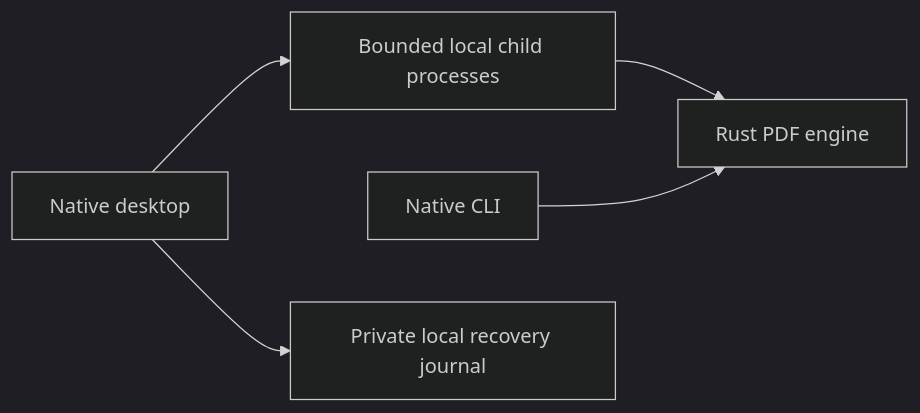
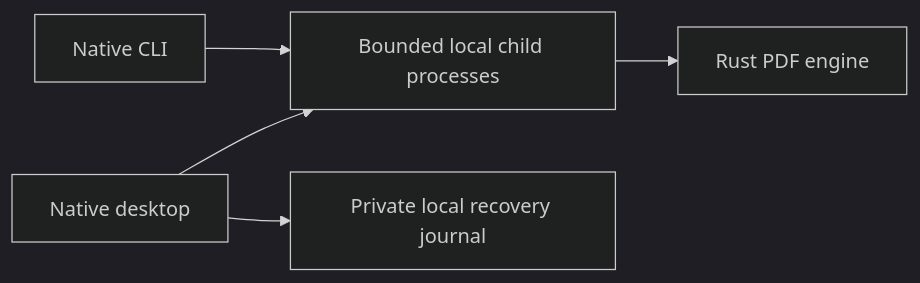
One commit to OthmaneBlial/pdf-editor-offline changed the diagram in README.md. Above: the diagram before and after it, drawn with Mermaid (dark theme). The commit also changed other lines of this file and 14 other files, not shown here.

Commit message:
feat(cli): isolate every document command in a bounded native child

````diff
--- a/README.md
+++ b/README.md
@@ -165,7 +165,7 @@
 ```mermaid
 flowchart LR
     Desktop[Native desktop] --> Children[Bounded local child processes]
     Children --> Engine[Rust PDF engine]
-    CLI[Native CLI] --> Engine
+    CLI[Native CLI] --> Children
     Desktop --> Recovery[Private local recovery journal]
 ```
````
